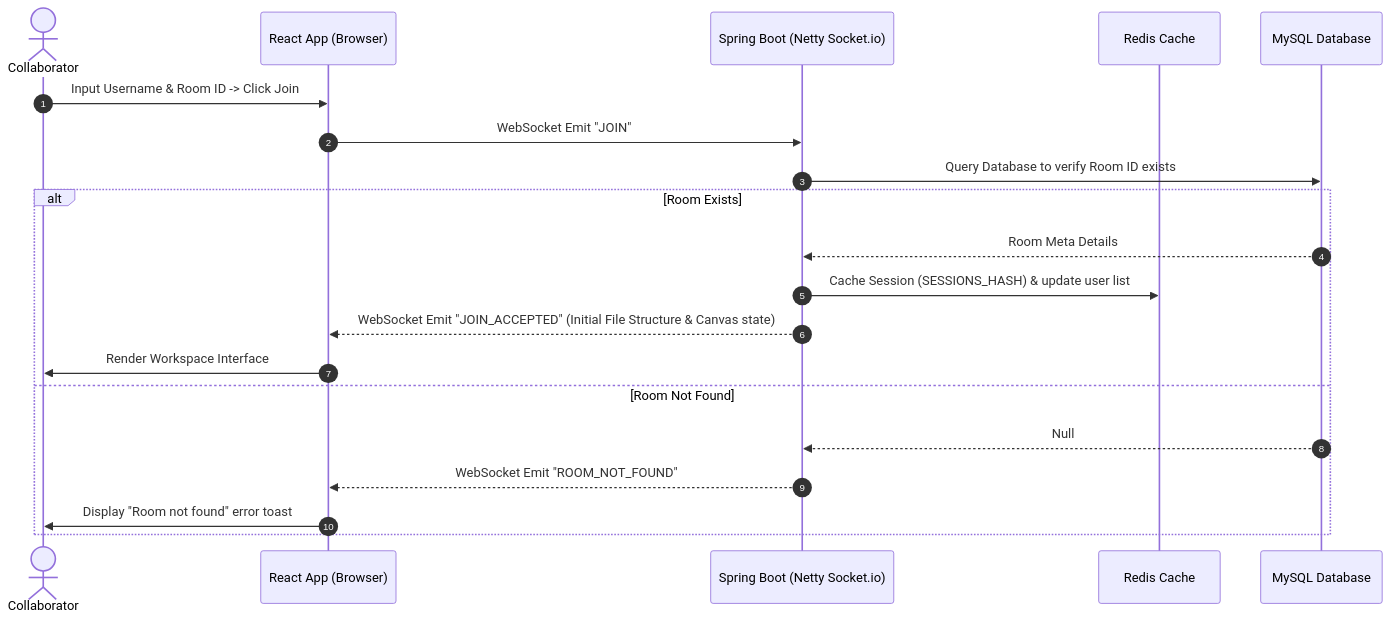
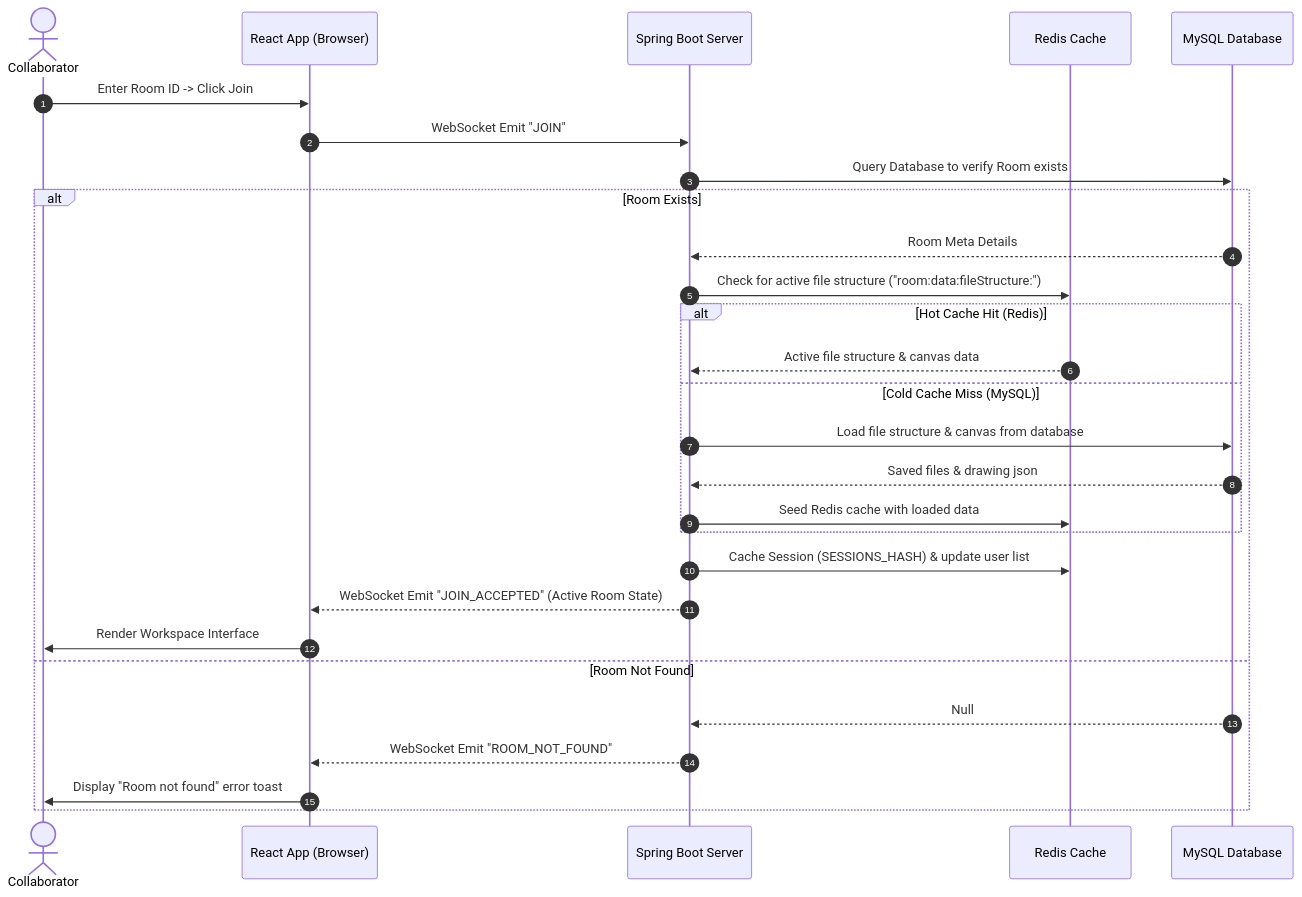
One commit to MarlapatiNithesh/code-sync-real-time changed the second of 5 diagrams in README.md. Above: the diagram before and after it, drawn with Mermaid. The commit also changed other lines of this file and 44 other files, not shown here.

````diff
--- a/README.md
+++ b/README.md
@@ -57,23 +63,31 @@
 ```mermaid
 sequenceDiagram
     autonumber
     actor User as Collaborator
     participant Client as React App (Browser)
-    participant Server as Spring Boot (Netty Socket.io)
+    participant Server as Spring Boot Server
     participant Redis as Redis Cache
     participant DB as MySQL Database
 
-    User->>Client: Input Username & Room ID -> Click Join
+    User->>Client: Enter Room ID -> Click Join
     Client->>Server: WebSocket Emit "JOIN"
-    Server->>DB: Query Database to verify Room ID exists
+    Server->>DB: Query Database to verify Room exists
     alt Room Exists
         DB-->>Server: Room Meta Details
+        Server->>Redis: Check for active file structure ("room:data:fileStructure:")
+        alt Hot Cache Hit (Redis)
+            Redis-->>Server: Active file structure & canvas data
+        else Cold Cache Miss (MySQL)
+            Server->>DB: Load file structure & canvas from database
+            DB-->>Server: Saved files & drawing json
+            Server->>Redis: Seed Redis cache with loaded data
+        end
         Server->>Redis: Cache Session (SESSIONS_HASH) & update user list
-        Server-->>Client: WebSocket Emit "JOIN_ACCEPTED" (Initial File Structure & Canvas state)
+        Server-->>Client: WebSocket Emit "JOIN_ACCEPTED" (Active Room State)
         Client->>User: Render Workspace Interface
     else Room Not Found
         DB-->>Server: Null
         Server-->>Client: WebSocket Emit "ROOM_NOT_FOUND"
         Client->>User: Display "Room not found" error toast
     end
 ```
````
